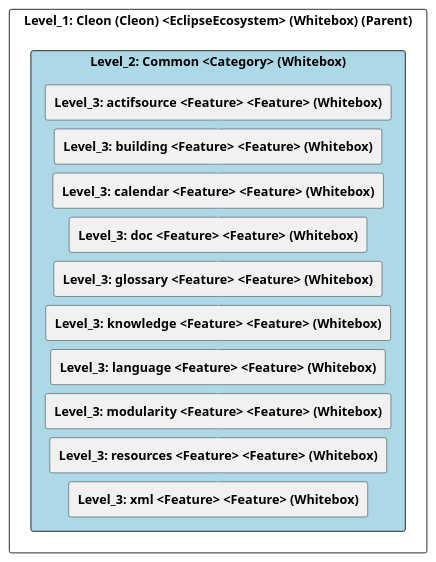
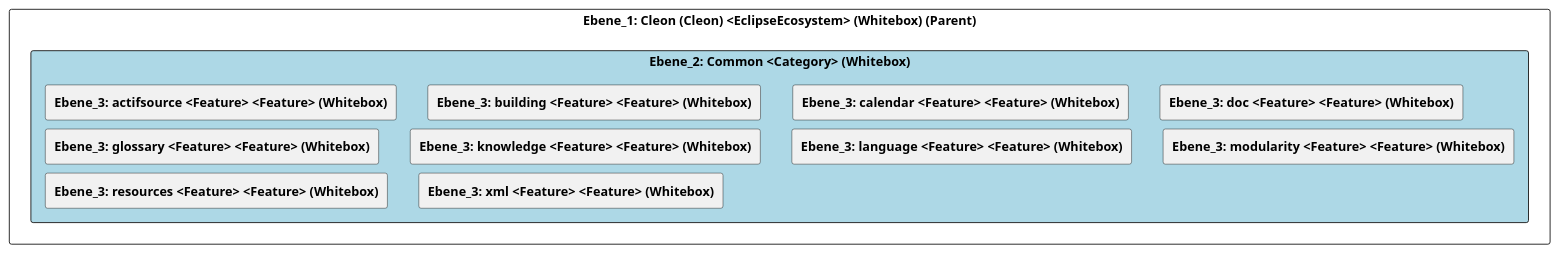
One commit to marcozwyssig/cleon changed the diagram in doc/cleonproject_deliverables_architecture_model_architecture/adoc/de/05_bausteinsicht/cleon/common/ebene_2_common.adoc. Above: the diagram before and after it, drawn with PlantUML. The commit also changed other lines of this file and 150 other files, not shown here.

```diff
--- a/doc/cleonproject_deliverables_architecture_model_architecture/adoc/de/05_bausteinsicht/cleon/common/ebene_2_common.adoc
+++ b/doc/cleonproject_deliverables_architecture_model_architecture/adoc/de/05_bausteinsicht/cleon/common/ebene_2_common.adoc
@@ -24,44 +24,33 @@
-[plantuml, Level_2: Common <Category> (Whitebox)BlockOverview, format="svg"]
+[plantuml, Ebene_2: Common <Category> (Whitebox)BlockOverview, format="svg"]
 ----
-@startuml Level_2: Common <Category> (Whitebox)BuildingBlockOverview
+@startuml Ebene_2: Common <Category> (Whitebox)BuildingBlockOverview
 
 skinparam ranksep 10
 skinparam componentStyle rectangle
 skinparam shadowing false
 skinparam arrowColor lightblue
 skinparam arrowThickness 1.2
 skinparam rectangle {
   BackgroundColor White
   BorderColor #333
   RoundCorner 10
 }
 top to bottom direction
 
-component "Level_1: Cleon (Cleon) <EclipseEcosystem> (Whitebox) (Parent)" {
-    component "Level_2: Common <Category> (Whitebox)" #lightblue {
-        [**Level_3: actifsource <Feature> <Feature> (Whitebox)**] as 49057F3B_D579_11EE_903E_9F564E4DE07E
-        [**Level_3: building <Feature> <Feature> (Whitebox)**] as 49057F32_D579_11EE_903E_9F564E4DE07E
-        [**Level_3: calendar <Feature> <Feature> (Whitebox)**] as 49057F3C_D579_11EE_903E_9F564E4DE07E
-        [**Level_3: doc <Feature> <Feature> (Whitebox)**] as 4905581D_D579_11EE_903E_9F564E4DE07E
-        [**Level_3: glossary <Feature> <Feature> (Whitebox)**] as 4905581A_D579_11EE_903E_9F564E4DE07E
-        [**Level_3: knowledge <Feature> <Feature> (Whitebox)**] as 4905581E_D579_11EE_903E_9F564E4DE07E
-        [**Level_3: language <Feature> <Feature> (Whitebox)**] as 49055819_D579_11EE_903E_9F564E4DE07E
-        [**Level_3: modularity <Feature> <Feature> (Whitebox)**] as 4905A64F_D579_11EE_903E_9F564E4DE07E
-        [**Level_3: resources <Feature> <Feature> (Whitebox)**] as 49055820_D579_11EE_903E_9F564E4DE07E
-        [**Level_3: xml <Feature> <Feature> (Whitebox)**] as 4905581F_D579_11EE_903E_9F564E4DE07E
+component "Ebene_1: Cleon (Cleon) <EclipseEcosystem> (Whitebox) (Parent)" {
+    component "Ebene_2: Common <Category> (Whitebox)" #lightblue {
+        [**Ebene_3: actifsource <Feature> <Feature> (Whitebox)**] as 49057F3B_D579_11EE_903E_9F564E4DE07E
+        [**Ebene_3: building <Feature> <Feature> (Whitebox)**] as 49057F32_D579_11EE_903E_9F564E4DE07E
+        [**Ebene_3: calendar <Feature> <Feature> (Whitebox)**] as 49057F3C_D579_11EE_903E_9F564E4DE07E
+        [**Ebene_3: doc <Feature> <Feature> (Whitebox)**] as 4905581D_D579_11EE_903E_9F564E4DE07E
+        [**Ebene_3: glossary <Feature> <Feature> (Whitebox)**] as 4905581A_D579_11EE_903E_9F564E4DE07E
+        [**Ebene_3: knowledge <Feature> <Feature> (Whitebox)**] as 4905581E_D579_11EE_903E_9F564E4DE07E
+        [**Ebene_3: language <Feature> <Feature> (Whitebox)**] as 49055819_D579_11EE_903E_9F564E4DE07E
+        [**Ebene_3: modularity <Feature> <Feature> (Whitebox)**] as 4905A64F_D579_11EE_903E_9F564E4DE07E
+        [**Ebene_3: resources <Feature> <Feature> (Whitebox)**] as 49055820_D579_11EE_903E_9F564E4DE07E
+        [**Ebene_3: xml <Feature> <Feature> (Whitebox)**] as 4905581F_D579_11EE_903E_9F564E4DE07E
     }
-
-    49057F3B_D579_11EE_903E_9F564E4DE07E -down-> 49057F32_D579_11EE_903E_9F564E4DE07E
-    49057F32_D579_11EE_903E_9F564E4DE07E -down-> 49057F3C_D579_11EE_903E_9F564E4DE07E
-    49057F3C_D579_11EE_903E_9F564E4DE07E -down-> 4905581D_D579_11EE_903E_9F564E4DE07E
-    4905581D_D579_11EE_903E_9F564E4DE07E -down-> 4905581A_D579_11EE_903E_9F564E4DE07E
-    4905581A_D579_11EE_903E_9F564E4DE07E -down-> 4905581E_D579_11EE_903E_9F564E4DE07E
-    4905581E_D579_11EE_903E_9F564E4DE07E -down-> 49055819_D579_11EE_903E_9F564E4DE07E
-    49055819_D579_11EE_903E_9F564E4DE07E -down-> 4905A64F_D579_11EE_903E_9F564E4DE07E
-    4905A64F_D579_11EE_903E_9F564E4DE07E -down-> 49055820_D579_11EE_903E_9F564E4DE07E
-    49055820_D579_11EE_903E_9F564E4DE07E -down-> 4905581F_D579_11EE_903E_9F564E4DE07E
-    
 }
 
 @enduml
 ----
```
